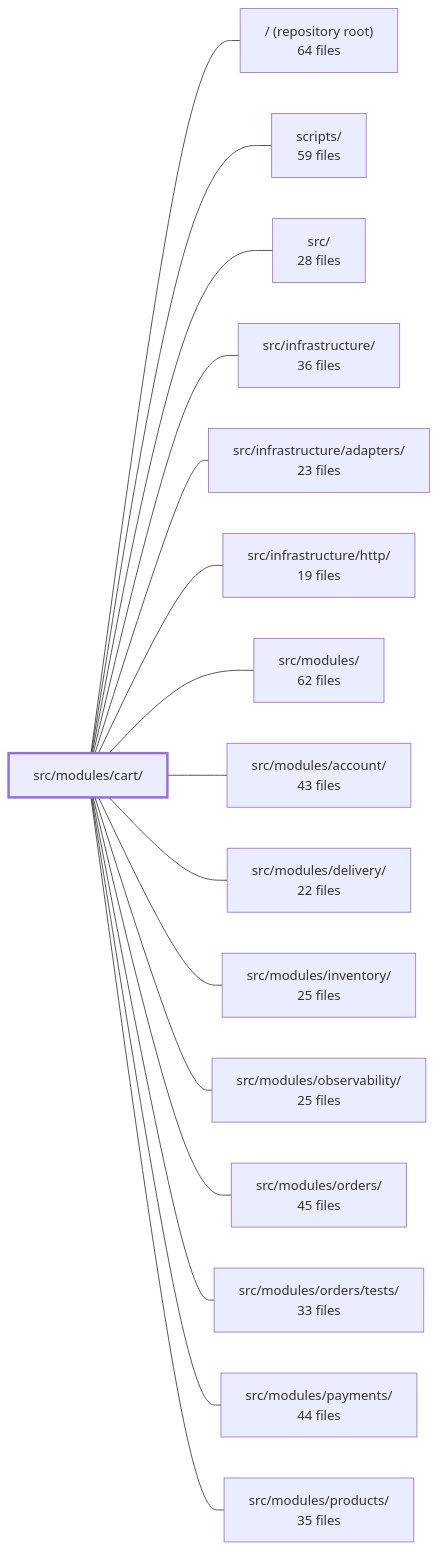
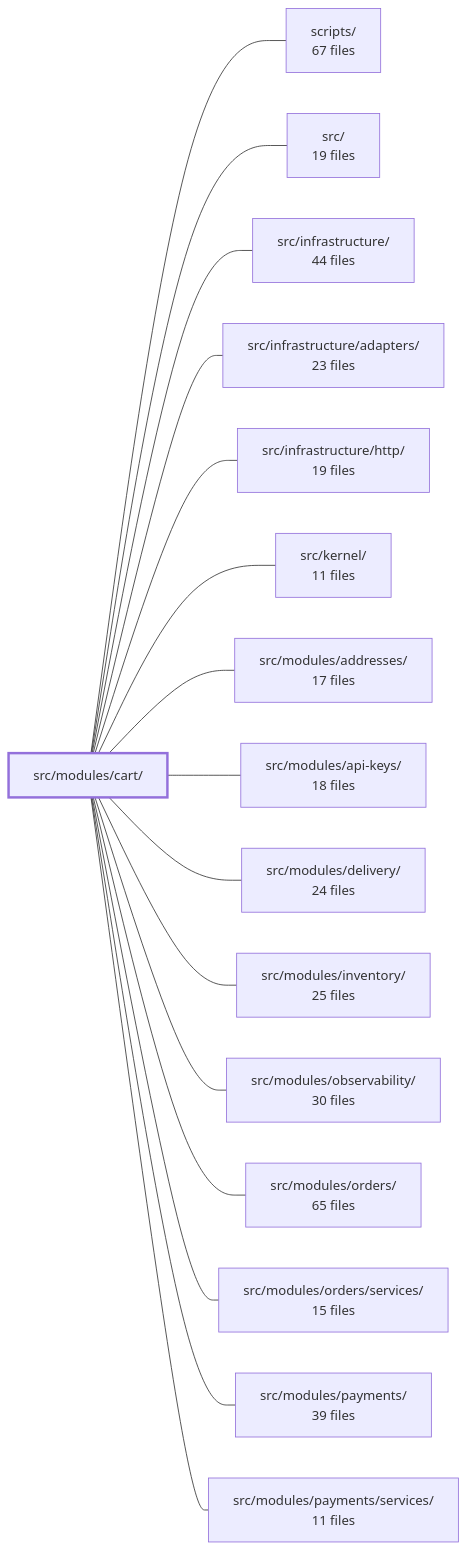
The diagram in .2brain/modules/boilerplate-node-backend_src_modules_cart.md (Guebbit/boilerplate-node-backend), drawn with Mermaid before and after one commit. The commit also changed other lines of this file and 137 other files, not shown here.

````diff
--- a/.2brain/modules/boilerplate-node-backend_src_modules_cart.md
+++ b/.2brain/modules/boilerplate-node-backend_src_modules_cart.md
@@ -47,35 +50,35 @@
 ```mermaid
 flowchart LR
     m_src_modules_cart["src/modules/cart/"]
-    m_root["/ (repository root)<br/>64 files"]
-    m_scripts["scripts/<br/>59 files"]
-    m_src["src/<br/>28 files"]
-    m_src_infrastructure["src/infrastructure/<br/>36 files"]
+    m_scripts["scripts/<br/>67 files"]
+    m_src["src/<br/>19 files"]
+    m_src_infrastructure["src/infrastructure/<br/>44 files"]
     m_src_infrastructure_adapters["src/infrastructure/adapters/<br/>23 files"]
     m_src_infrastructure_http["src/infrastructure/http/<br/>19 files"]
-    m_src_modules["src/modules/<br/>62 files"]
-    m_src_modules_account["src/modules/account/<br/>43 files"]
-    m_src_modules_delivery["src/modules/delivery/<br/>22 files"]
+    m_src_kernel["src/kernel/<br/>11 files"]
+    m_src_modules_addresses["src/modules/addresses/<br/>17 files"]
+    m_src_modules_api_keys["src/modules/api-keys/<br/>18 files"]
+    m_src_modules_delivery["src/modules/delivery/<br/>24 files"]
     m_src_modules_inventory["src/modules/inventory/<br/>25 files"]
-    m_src_modules_observability["src/modules/observability/<br/>25 files"]
-    m_src_modules_orders["src/modules/orders/<br/>45 files"]
-    m_src_modules_orders_tests["src/modules/orders/tests/<br/>33 files"]
-    m_src_modules_payments["src/modules/payments/<br/>44 files"]
-    m_src_modules_products["src/modules/products/<br/>35 files"]
-    m_src_modules_cart --- m_root
+    m_src_modules_observability["src/modules/observability/<br/>30 files"]
+    m_src_modules_orders["src/modules/orders/<br/>65 files"]
+    m_src_modules_orders_services["src/modules/orders/services/<br/>15 files"]
+    m_src_modules_payments["src/modules/payments/<br/>39 files"]
+    m_src_modules_payments_services["src/modules/payments/services/<br/>11 files"]
     m_src_modules_cart --- m_scripts
     m_src_modules_cart --- m_src
     m_src_modules_cart --- m_src_infrastructure
     m_src_modules_cart --- m_src_infrastructure_adapters
     m_src_modules_cart --- m_src_infrastructure_http
-    m_src_modules_cart --- m_src_modules
-    m_src_modules_cart --- m_src_modules_account
+    m_src_modules_cart --- m_src_kernel
+    m_src_modules_cart --- m_src_modules_addresses
+    m_src_modules_cart --- m_src_modules_api_keys
     m_src_modules_cart --- m_src_modules_delivery
     m_src_modules_cart --- m_src_modules_inventory
     m_src_modules_cart --- m_src_modules_observability
     m_src_modules_cart --- m_src_modules_orders
-    m_src_modules_cart --- m_src_modules_orders_tests
+    m_src_modules_cart --- m_src_modules_orders_services
     m_src_modules_cart --- m_src_modules_payments
-    m_src_modules_cart --- m_src_modules_products
+    m_src_modules_cart --- m_src_modules_payments_services
     style m_src_modules_cart stroke-width:3px
 ```
````
